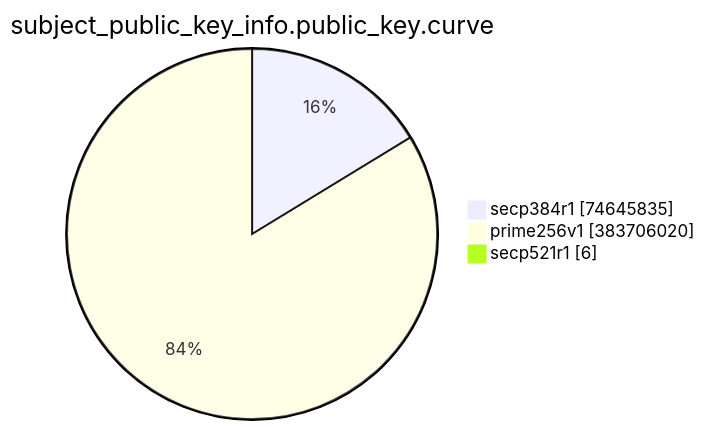
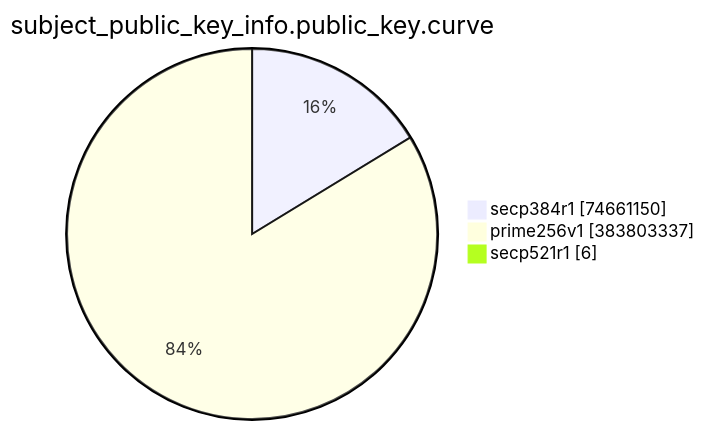
The eighth of 15 diagrams in TOTAL/README.md (christiankrug/ctmonitor_visualization), drawn with Mermaid before and after one commit. The commit also changed other lines of this file, not shown here.

````diff
--- a/TOTAL/README.md
+++ b/TOTAL/README.md
@@ -3094,7 +3094,7 @@
 ```mermaid
 pie showData
 title subject_public_key_info.public_key.curve
-"secp384r1" :74645835
-"prime256v1" :383706020
+"secp384r1" :74661150
+"prime256v1" :383803337
 "secp521r1" :6
 ```
````
